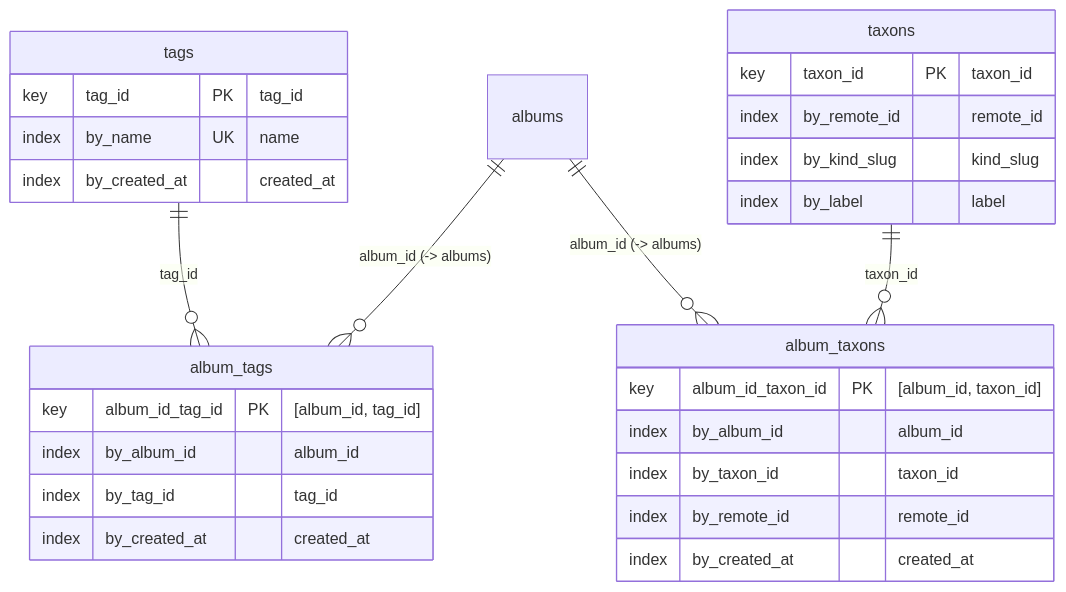
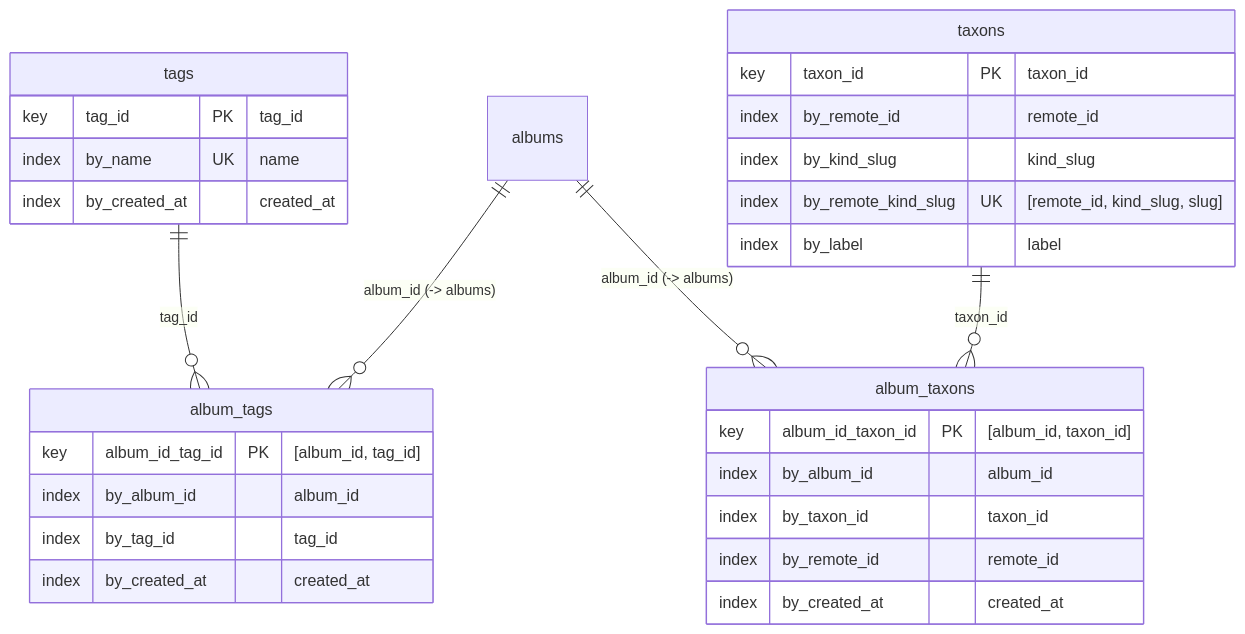
One commit to freqhole/tomb changed diagram 20 of 22 in freqhole.net/src/content/docs/concepts/database.mdx. Above: the diagram before and after it, drawn with Mermaid. The commit also changed other lines of this file and 22 other files, not shown here.

````diff
--- a/freqhole.net/src/content/docs/concepts/database.mdx
+++ b/freqhole.net/src/content/docs/concepts/database.mdx
@@ -959,31 +1175,32 @@
 ```mermaid
 erDiagram
   tags {
     key tag_id PK "tag_id"
     index by_name UK "name"
     index by_created_at "created_at"
   }
   album_tags {
     key album_id_tag_id PK "[album_id, tag_id]"
     index by_album_id "album_id"
     index by_tag_id "tag_id"
     index by_created_at "created_at"
   }
   taxons {
     key taxon_id PK "taxon_id"
     index by_remote_id "remote_id"
     index by_kind_slug "kind_slug"
+    index by_remote_kind_slug UK "[remote_id, kind_slug, slug]"
     index by_label "label"
   }
   album_taxons {
     key album_id_taxon_id PK "[album_id, taxon_id]"
     index by_album_id "album_id"
     index by_taxon_id "taxon_id"
     index by_remote_id "remote_id"
     index by_created_at "created_at"
   }
   albums ||--o{ album_tags : "album_id (-> albums)"
   tags ||--o{ album_tags : "tag_id"
   albums ||--o{ album_taxons : "album_id (-> albums)"
   taxons ||--o{ album_taxons : "taxon_id"
 ```
````
